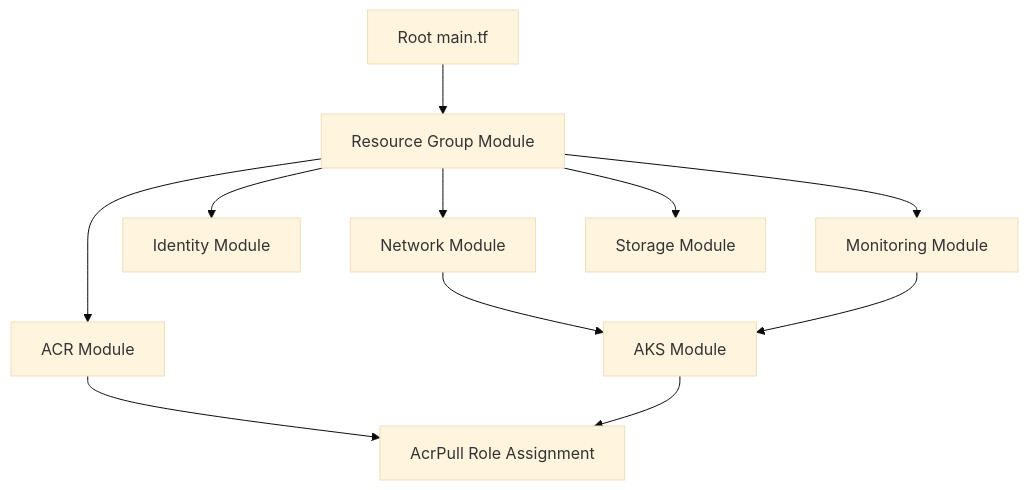
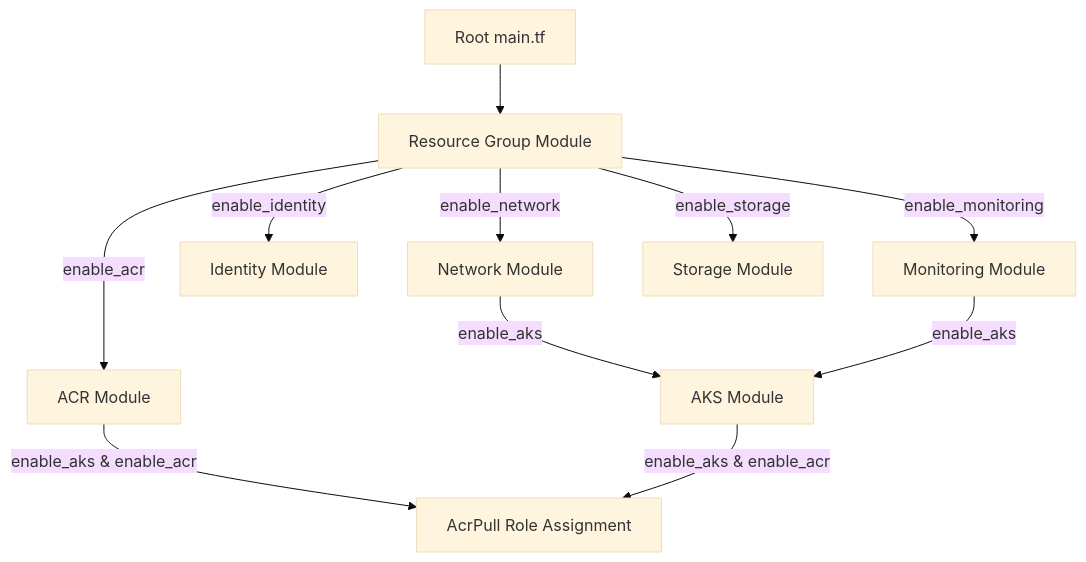
The diagram in docs/devops/stage3_terraform.md (Varun-Projects99/ShipFlowX-Development), drawn with Mermaid (base theme) before and after one commit. The commit also changed other lines of this file and 7 other files, not shown here.

````diff
--- a/docs/devops/stage3_terraform.md
+++ b/docs/devops/stage3_terraform.md
@@ -43,14 +44,14 @@
 ```mermaid
 graph TD
     Root[Root main.tf] --> RG[Resource Group Module]
-    RG --> Net[Network Module]
-    RG --> ACR[ACR Module]
-    RG --> Identity[Identity Module]
-    RG --> Monitor[Monitoring Module]
-    RG --> Storage[Storage Module]
+    RG -->|enable_network| Net[Network Module]
+    RG -->|enable_acr| ACR[ACR Module]
+    RG -->|enable_identity| Identity[Identity Module]
+    RG -->|enable_monitoring| Monitor[Monitoring Module]
+    RG -->|enable_storage| Storage[Storage Module]
     
-    Net --> AKS[AKS Module]
-    Monitor --> AKS
-    ACR --> Role[AcrPull Role Assignment]
-    AKS --> Role
+    Net -->|enable_aks| AKS[AKS Module]
+    Monitor -->|enable_aks| AKS
+    ACR -->|enable_aks & enable_acr| Role[AcrPull Role Assignment]
+    AKS -->|enable_aks & enable_acr| Role
 ```
````
